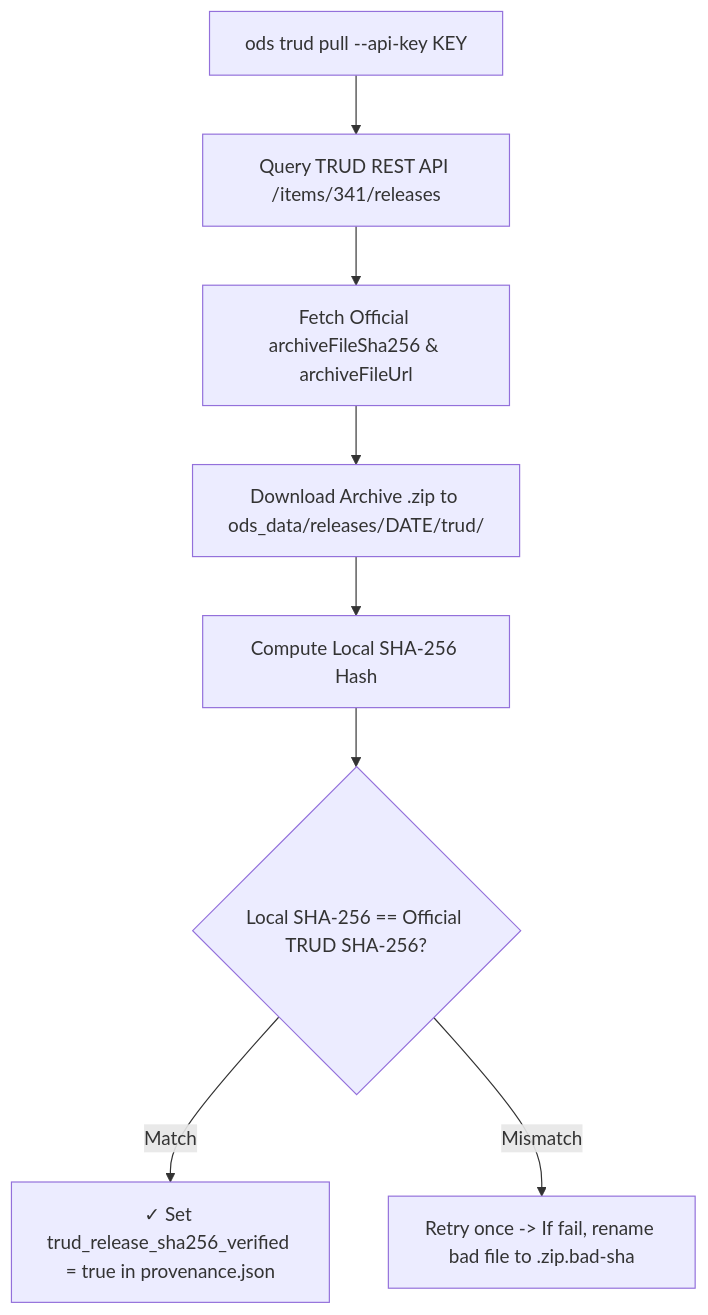
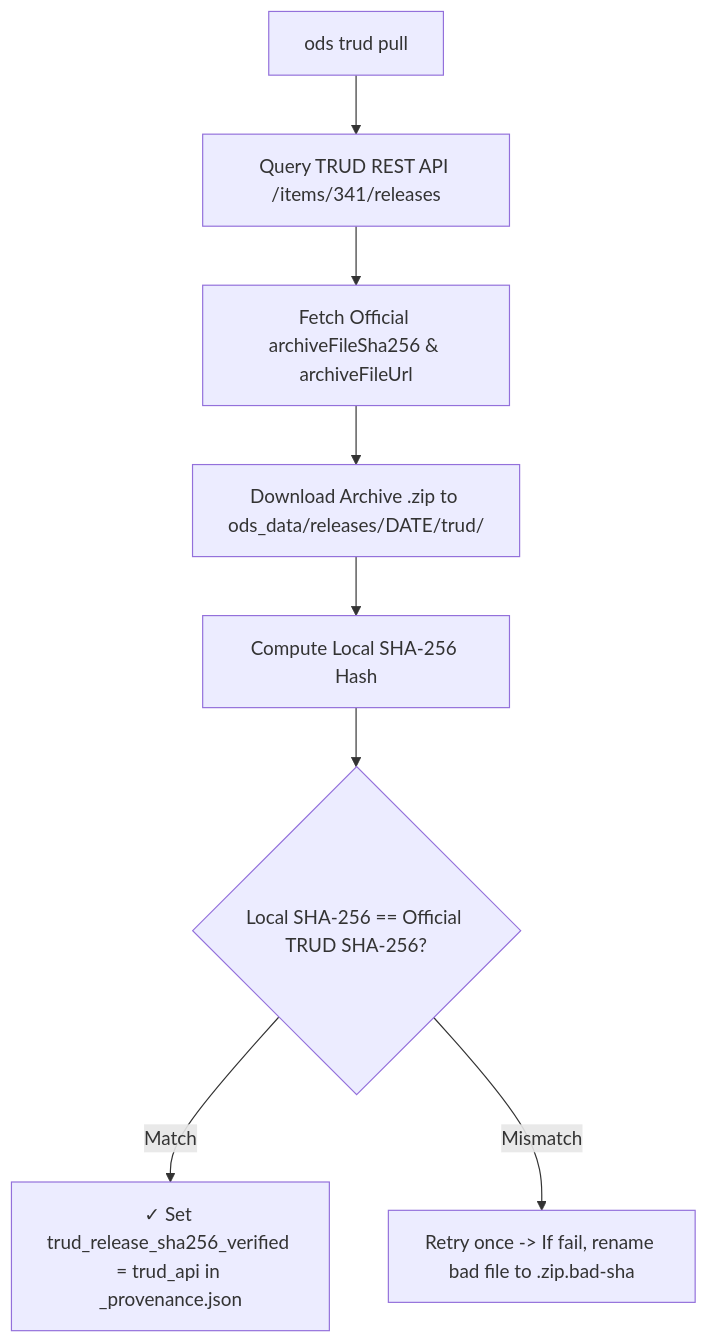
Before and after one commit to olizilla/ods: the diagram in docs/ods_data.md, drawn with Mermaid. The commit also changed other lines of this file and 41 other files, not shown here.

First line of the commit message:
feat: schema and haircut for provenance.json

````diff
--- a/docs/ods_data.md
+++ b/docs/ods_data.md
@@ -87,10 +68,10 @@
 ```mermaid
 flowchart TD
-    A[ods trud pull --api-key KEY] --> B[Query TRUD REST API /items/341/releases]
+    A[ods trud pull] --> B[Query TRUD REST API /items/341/releases]
     B --> C[Fetch Official archiveFileSha256 & archiveFileUrl]
     C --> D[Download Archive .zip to ods_data/releases/DATE/trud/]
     D --> E[Compute Local SHA-256 Hash]
     E --> F{Local SHA-256 == Official TRUD SHA-256?}
-    F -- Match --> G[✓ Set trud_release_sha256_verified = true in provenance.json]
+    F -- Match --> G[✓ Set trud_release_sha256_verified = trud_api in _provenance.json]
     F -- Mismatch --> H[Retry once -> If fail, rename bad file to .zip.bad-sha]
 ```
````
